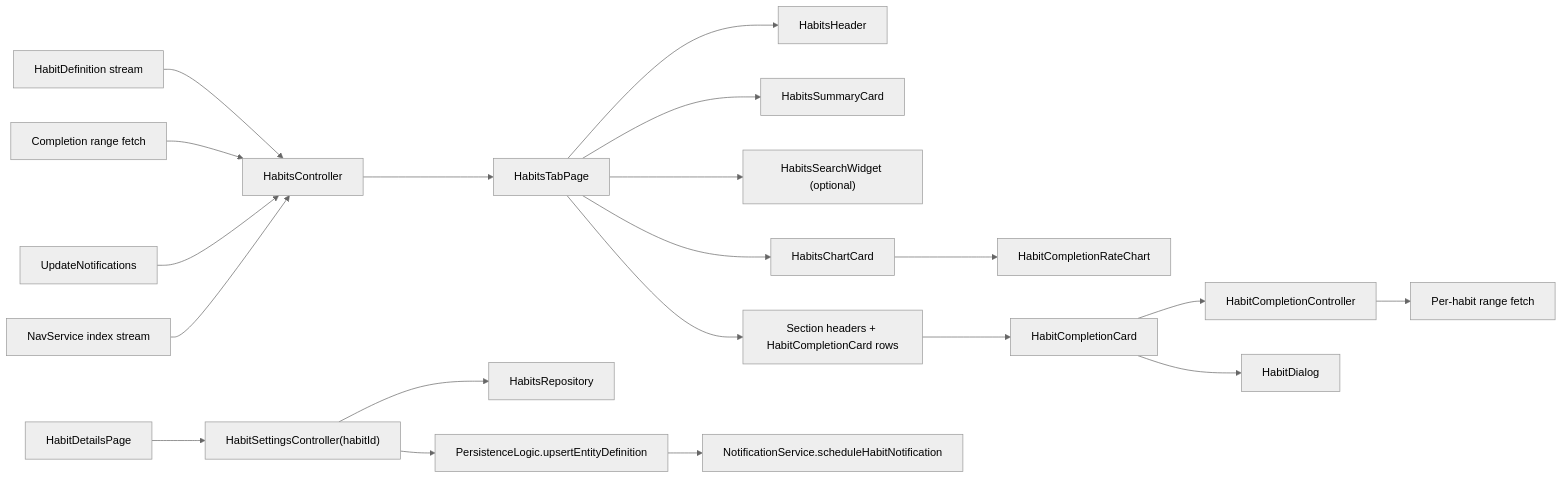
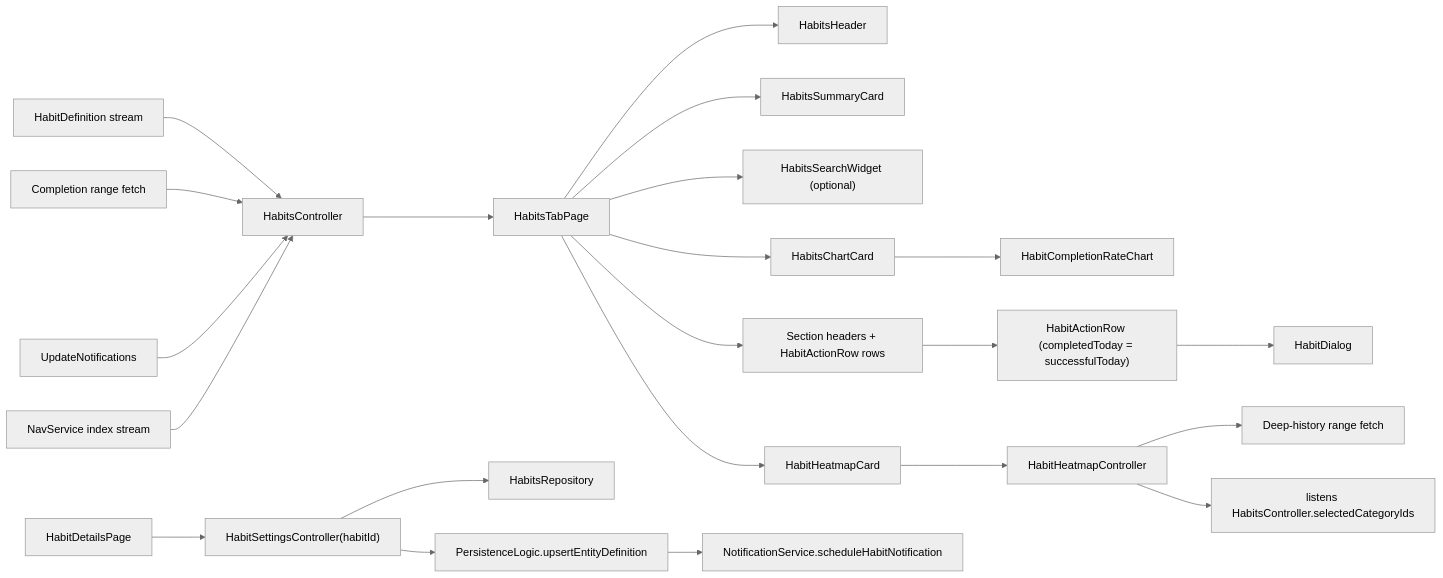
Before and after one commit to matthiasn/lotti: the first of 8 diagrams in lib/features/habits/README.md, drawn with Mermaid (neutral theme). The commit also changed other lines of this file and 33 other files, not shown here.

````diff
--- a/lib/features/habits/README.md
+++ b/lib/features/habits/README.md
@@ -81,25 +90,28 @@
 ```mermaid
 flowchart LR
   Defs["HabitDefinition stream"] --> Ctrl["HabitsController"]
   Range["Completion range fetch"] --> Ctrl
   Updates["UpdateNotifications"] --> Ctrl
   Nav["NavService index stream"] --> Ctrl
 
   Ctrl --> Page["HabitsTabPage"]
   Page --> Header["HabitsHeader"]
   Page --> Summary["HabitsSummaryCard"]
   Page --> Search["HabitsSearchWidget (optional)"]
-  Page --> Sections["Section headers + HabitCompletionCard rows"]
+  Page --> Sections["Section headers + HabitActionRow rows"]
+  Page --> HeatCard["HabitHeatmapCard"]
   Page --> ChartCard["HabitsChartCard"]
 
   ChartCard --> Chart["HabitCompletionRateChart"]
-  Sections --> Card["HabitCompletionCard"]
-  Card --> CardCtl["HabitCompletionController"]
-  CardCtl --> CardRange["Per-habit range fetch"]
-  Card --> Dialog["HabitDialog"]
+  Sections --> Row["HabitActionRow (completedToday = successfulToday)"]
+  Row --> Dialog["HabitDialog"]
+
+  HeatCard --> HeatCtl["HabitHeatmapController"]
+  HeatCtl --> HeatFetch["Deep-history range fetch"]
+  HeatCtl --> FilterListen["listens HabitsController.selectedCategoryIds"]
 
   SettingsPage["HabitDetailsPage"] --> SettingsCtl["HabitSettingsController(habitId)"]
   SettingsCtl --> Repo["HabitsRepository"]
   SettingsCtl --> Persist["PersistenceLogic.upsertEntityDefinition"]
   Persist --> Notifications["NotificationService.scheduleHabitNotification"]
 ```
````
